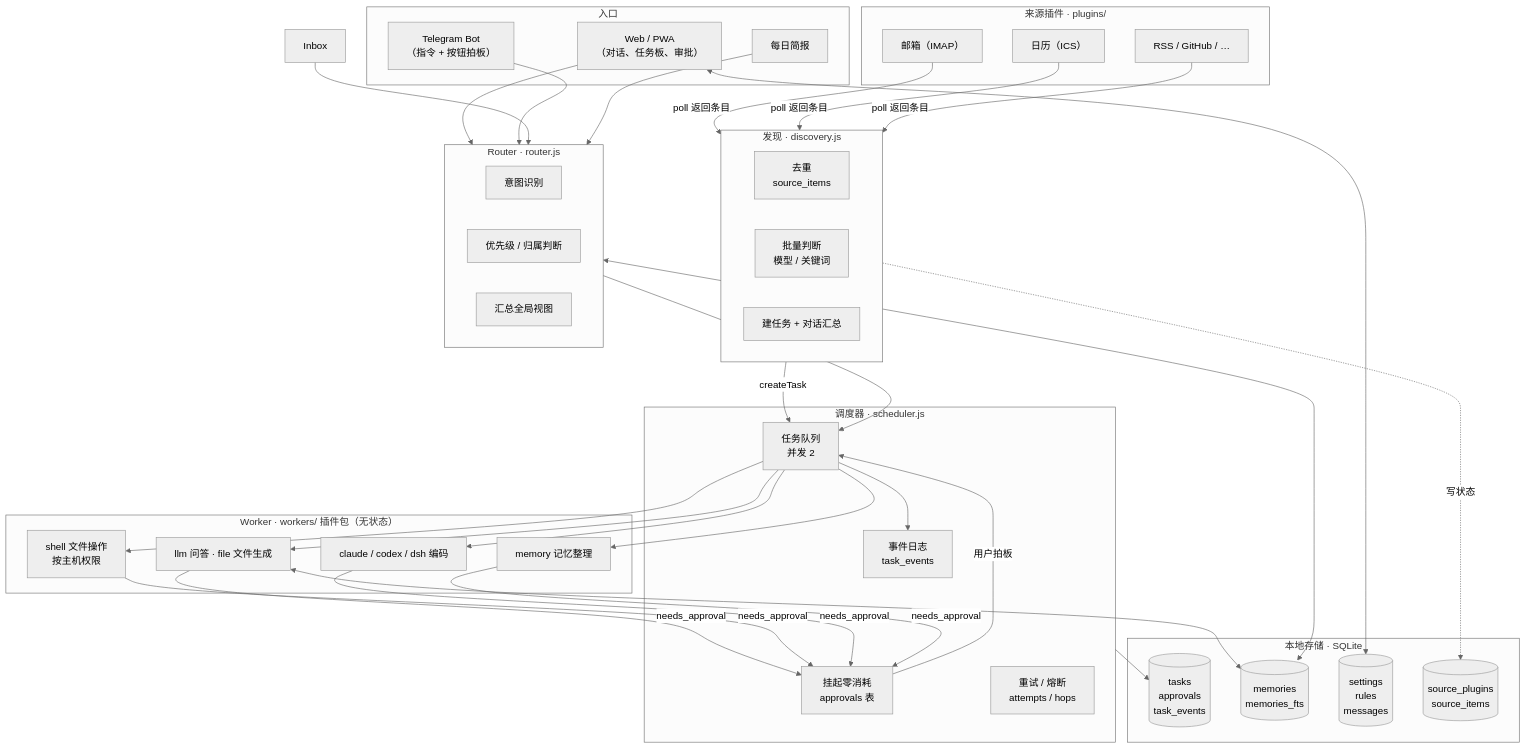
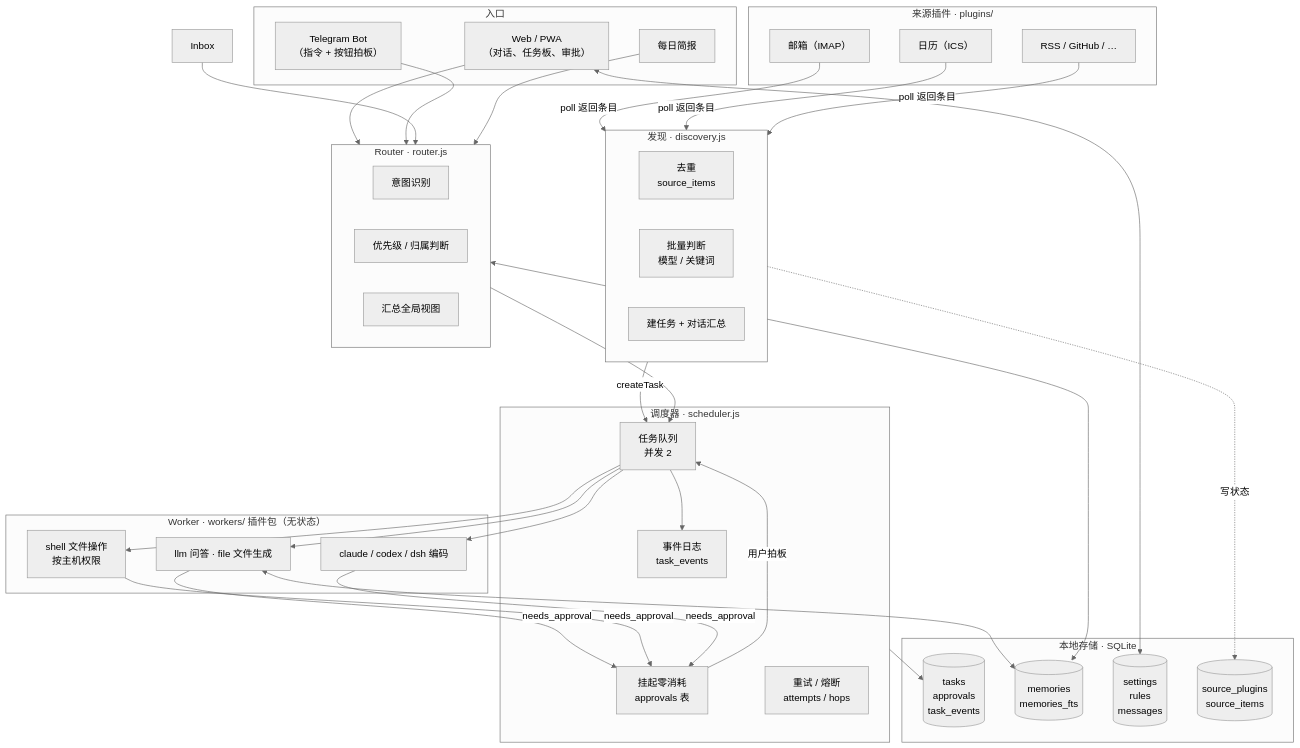
One commit to MrChenJingWei/jingjing changed the diagram in docs/ARCHITECTURE.md. Above: the diagram before and after it, drawn with Mermaid (neutral theme). The commit also changed other lines of this file and 26 other files, not shown here.

````diff
--- a/docs/ARCHITECTURE.md
+++ b/docs/ARCHITECTURE.md
@@ -11,64 +11,63 @@
 ```mermaid
 flowchart TB
   subgraph Channels["入口"]
     Web["Web / PWA<br/>（对话、任务板、审批）"]
     TG["Telegram Bot<br/>（指令 + 按钮拍板）"]
     Rule["每日简报"]
   end
 
   subgraph Sources["来源插件 · plugins/"]
     Email["邮箱（IMAP）"]
     Cal["日历（ICS）"]
     More["RSS / GitHub / …"]
   end
 
   subgraph Discovery["发现 · discovery.js"]
     D1["去重<br/>source_items"]
     D2["批量判断<br/>模型 / 关键词"]
     D3["建任务 + 对话汇总"]
   end
 
   subgraph Router["Router · router.js"]
     R1["意图识别"]
     R2["优先级 / 归属判断"]
     R3["汇总全局视图"]
   end
 
   subgraph Scheduler["调度器 · scheduler.js"]
     Q["任务队列<br/>并发 2"]
     P["挂起零消耗<br/>approvals 表"]
     E["事件日志<br/>task_events"]
     H["重试 / 熔断<br/>attempts / hops"]
   end
 
   subgraph Workers["Worker · workers/ 插件包（无状态）"]
     W1["llm 问答 · file 文件生成"]
     W2["shell 文件操作<br/>按主机权限"]
     W3["claude / codex / dsh 编码"]
-    W4["memory 记忆整理"]
   end
 
   subgraph Store["本地存储 · SQLite"]
     T[("tasks<br/>approvals<br/>task_events")]
     M[("memories<br/>memories_fts")]
     S[("settings<br/>rules<br/>messages")]
     P2[("source_plugins<br/>source_items")]
   end
 
   Web --> Router
   TG --> Router
   Inbox --> Router
   Rule --> Router
   Email & Cal & More -->|poll 返回条目| Discovery
   Discovery -->|createTask| Q
   Discovery -.->|写状态| P2
   Router --> Q
-  Q --> W1 & W2 & W3 & W4
-  W1 & W2 & W3 & W4 -- "needs_approval" --> P
+  Q --> W1 & W2 & W3
+  W1 & W2 & W3 -- "needs_approval" --> P
   P -- "用户拍板" --> Q
   Q --> E
   Router <--> M
   W1 <--> M
   Scheduler --> T
   Web <--> S
 ```
````
